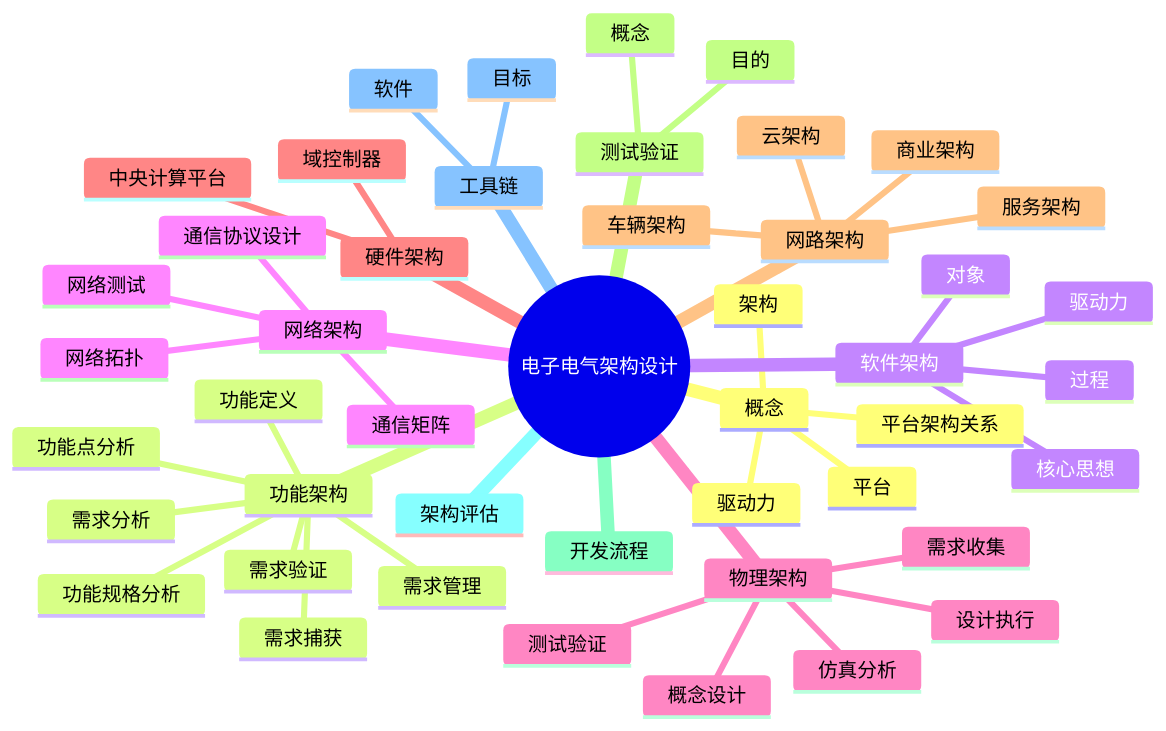
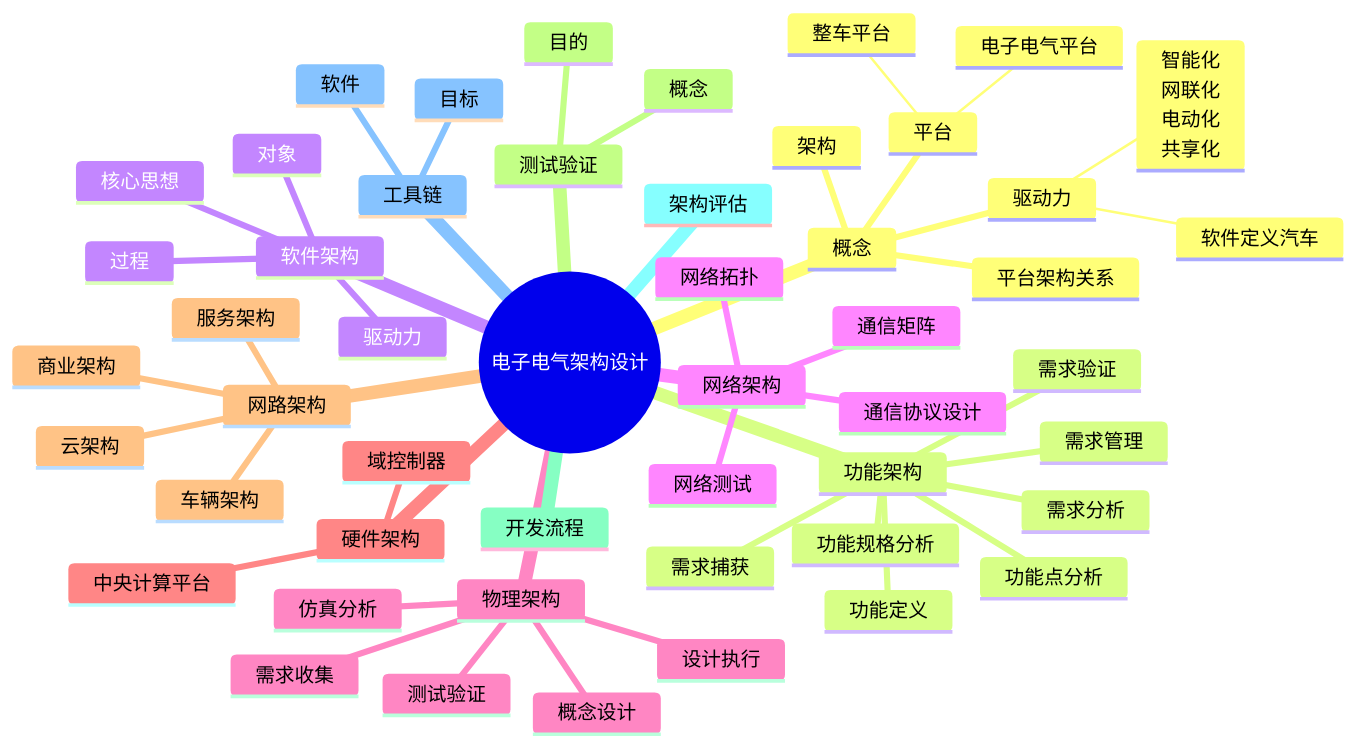
Before and after one commit to ilikui/NotesBook: the diagram in src/工作管理/001汽车电子.md, drawn with Mermaid. The commit also changed 1 other file, not shown here.

Commit message:
update by likui

```diff
--- a/src/工作管理/001汽车电子.md
+++ b/src/工作管理/001汽车电子.md
@@ -7,49 +7,53 @@
     <div  class="mermaid">    
       mindmap
         root((电子电气架构设计))
           概念
            驱动力
+              软件定义汽车
+              智能化<br>网联化<br>电动化<br>共享化
            平台
+              整车平台
+              电子电气平台
            架构
            平台架构关系
           功能架构
             需求捕获
             需求分析
             功能点分析
             功能定义
             功能规格分析
             需求验证
             需求管理
           软件架构
             驱动力
             核心思想
             对象
             过程
           网络架构
             通信协议设计
             网络拓扑
             通信矩阵
             网络测试
           物理架构
             需求收集
             概念设计
             设计执行
             仿真分析
             测试验证
           硬件架构
             域控制器
             中央计算平台
           网路架构
             商业架构
             服务架构
             云架构
             车辆架构
           测试验证
             目的
             概念
           开发流程
           架构评估
           工具链
             目标
             软件
     </div>
```
